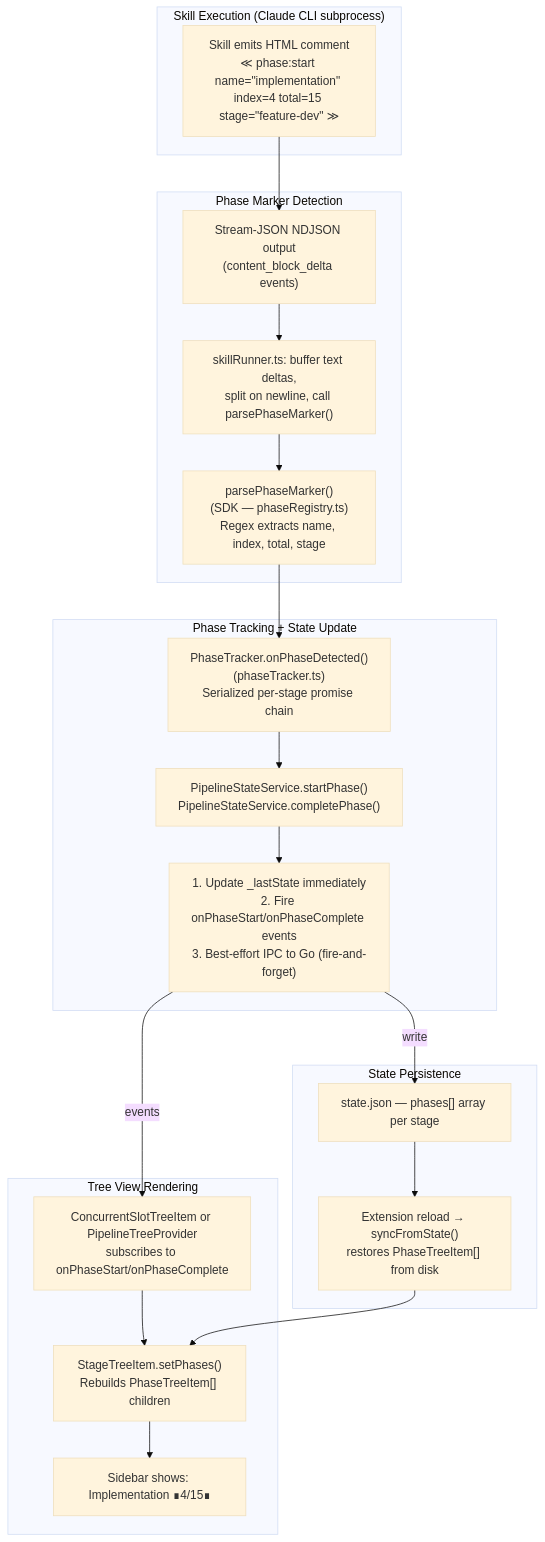
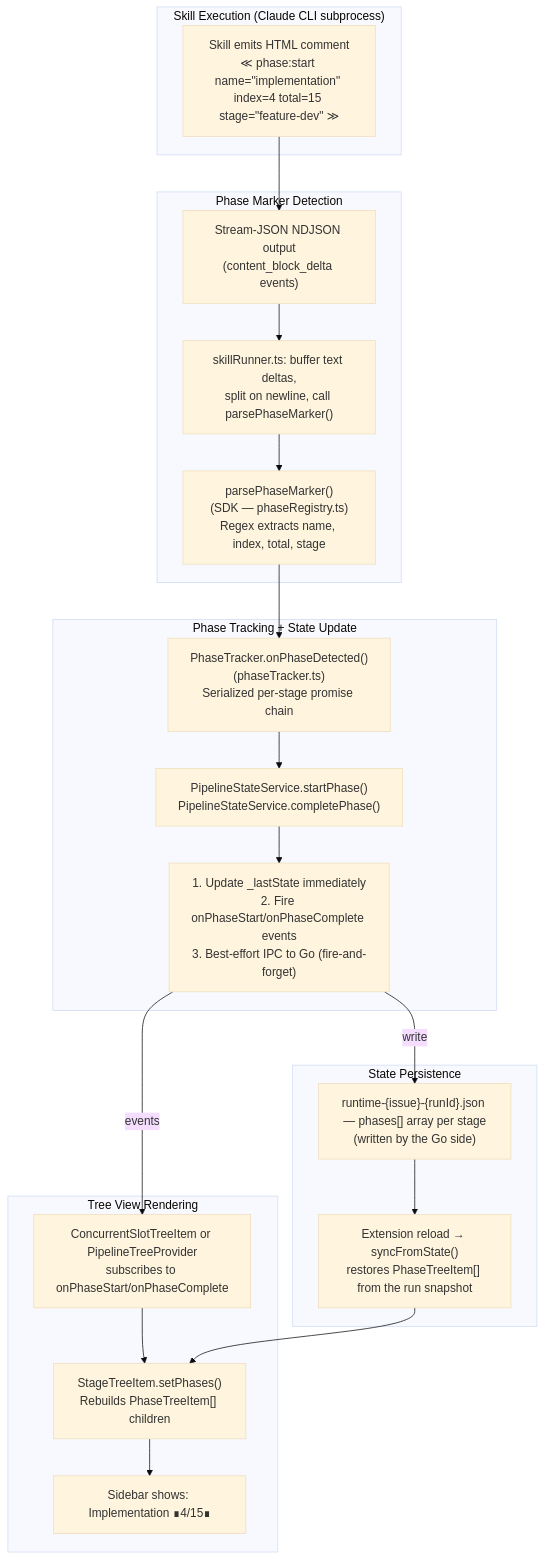
The fourth of 7 diagrams in docs/ARCHITECTURE.md (nightgauge/nightgauge), drawn with Mermaid (base theme) before and after one commit. The commit also changed other lines of this file and 29 other files, not shown here.

````diff
--- a/docs/ARCHITECTURE.md
+++ b/docs/ARCHITECTURE.md
@@ -1276,34 +1276,34 @@
 ```mermaid
 flowchart TB
     subgraph SKILL["Skill Execution (Claude CLI subprocess)"]
         A["Skill emits HTML comment<br/>≪ phase:start name=&quot;implementation&quot; index=4 total=15 stage=&quot;feature-dev&quot; ≫"]
     end
 
     subgraph PARSE["Phase Marker Detection"]
         B["Stream-JSON NDJSON output<br/>(content_block_delta events)"]
         C["skillRunner.ts: buffer text deltas,<br/>split on newline, call parsePhaseMarker()"]
         D["parsePhaseMarker()<br/>(SDK — phaseRegistry.ts)<br/>Regex extracts name, index, total, stage"]
     end
 
     subgraph TRACK["Phase Tracking + State Update"]
         E["PhaseTracker.onPhaseDetected()<br/>(phaseTracker.ts)<br/>Serialized per-stage promise chain"]
         F["PipelineStateService.startPhase()<br/>PipelineStateService.completePhase()"]
         G["1. Update _lastState immediately<br/>2. Fire onPhaseStart/onPhaseComplete events<br/>3. Best-effort IPC to Go (fire-and-forget)"]
     end
 
     subgraph RENDER["Tree View Rendering"]
         H["ConcurrentSlotTreeItem or PipelineTreeProvider<br/>subscribes to onPhaseStart/onPhaseComplete"]
         I["StageTreeItem.setPhases()<br/>Rebuilds PhaseTreeItem[] children"]
         J["Sidebar shows: Implementation ∎4/15∎"]
     end
 
     subgraph PERSIST["State Persistence"]
-        K["state.json — phases[] array per stage"]
-        L["Extension reload → syncFromState()<br/>restores PhaseTreeItem[] from disk"]
+        K["runtime-{issue}-{runId}.json — phases[] array per stage<br/>(written by the Go side)"]
+        L["Extension reload → syncFromState()<br/>restores PhaseTreeItem[] from the run snapshot"]
     end
 
     A --> B --> C --> D
     D --> E --> F --> G
     G -->|"events"| H --> I --> J
     G -->|"write"| K --> L --> I
 ```
````
